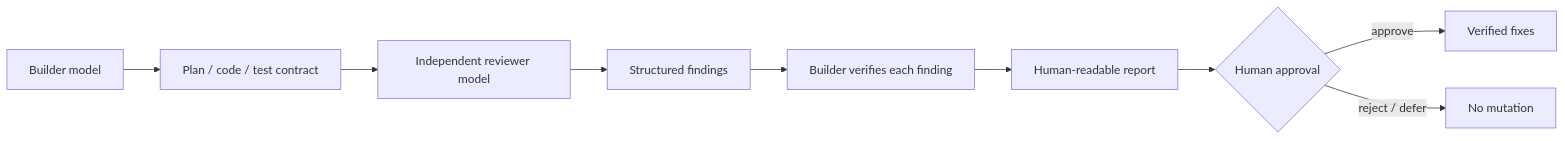
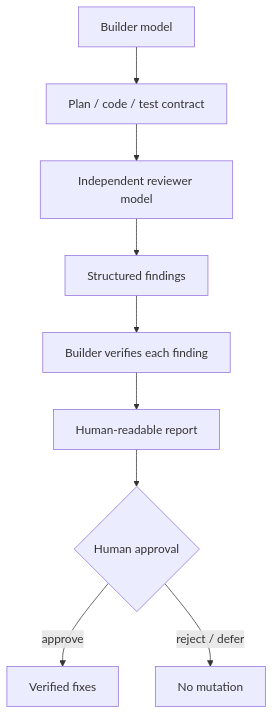
The diagram in domains/03-practical-ai-products/adversarial-review-lite.md (razaumair2203-ux/applied-ai-portfolio), drawn with Mermaid before and after one commit. The commit also changed other lines of this file and 15 other files, not shown here.

````diff
--- a/domains/03-practical-ai-products/adversarial-review-lite.md
+++ b/domains/03-practical-ai-products/adversarial-review-lite.md
@@ -17,11 +17,11 @@
 ```mermaid
-flowchart LR
+flowchart TD
     A[Builder model] --> B[Plan / code / test contract]
     B --> C[Independent reviewer model]
     C --> D[Structured findings]
     D --> E[Builder verifies each finding]
     E --> F[Human-readable report]
     F --> G{Human approval}
     G -->|approve| H[Verified fixes]
     G -->|reject / defer| I[No mutation]
 ```
````
